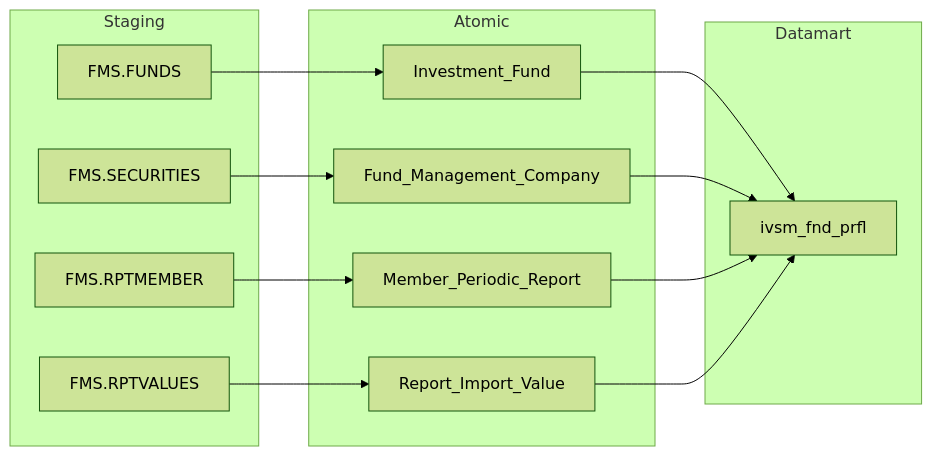
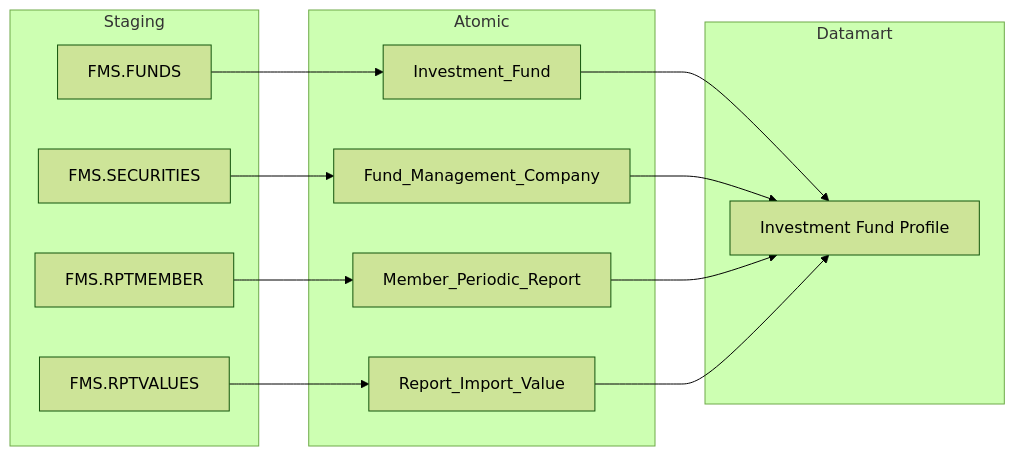
The seventh of 9 diagrams in docs/output/datamart/FMS/DTM_FMS_PTTK.md (linhlvit/ubck_atomic_design), drawn with Mermaid (forest theme) before and after one commit. The commit also changed other lines of this file and 2 other files, not shown here.

````diff
--- a/docs/output/datamart/FMS/DTM_FMS_PTTK.md
+++ b/docs/output/datamart/FMS/DTM_FMS_PTTK.md
@@ -344,26 +344,26 @@
 ```mermaid
 flowchart LR
   subgraph Staging
     FMS_FUNDS["FMS.FUNDS"]
     FMS_SECURITIES["FMS.SECURITIES"]
     FMS_RPTMEMBER["FMS.RPTMEMBER"]
     FMS_RPTVALUES["FMS.RPTVALUES"]
   end
   subgraph Atomic
     Investment_Fund
     Fund_Management_Company
     Member_Periodic_Report
     Report_Import_Value
   end
   subgraph Datamart
-    ivsm_fnd_prfl
+    ivsm_fnd_prfl["Investment Fund Profile"]
   end
   FMS_FUNDS --> Investment_Fund
   FMS_SECURITIES --> Fund_Management_Company
   FMS_RPTMEMBER --> Member_Periodic_Report
   FMS_RPTVALUES --> Report_Import_Value
   Investment_Fund --> ivsm_fnd_prfl
   Fund_Management_Company --> ivsm_fnd_prfl
   Member_Periodic_Report --> ivsm_fnd_prfl
   Report_Import_Value --> ivsm_fnd_prfl
 ```
````
